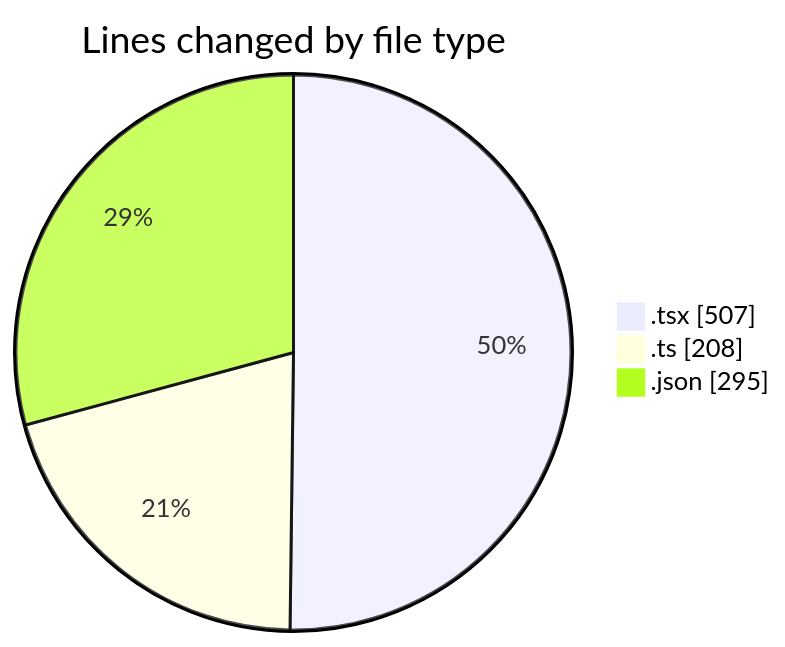
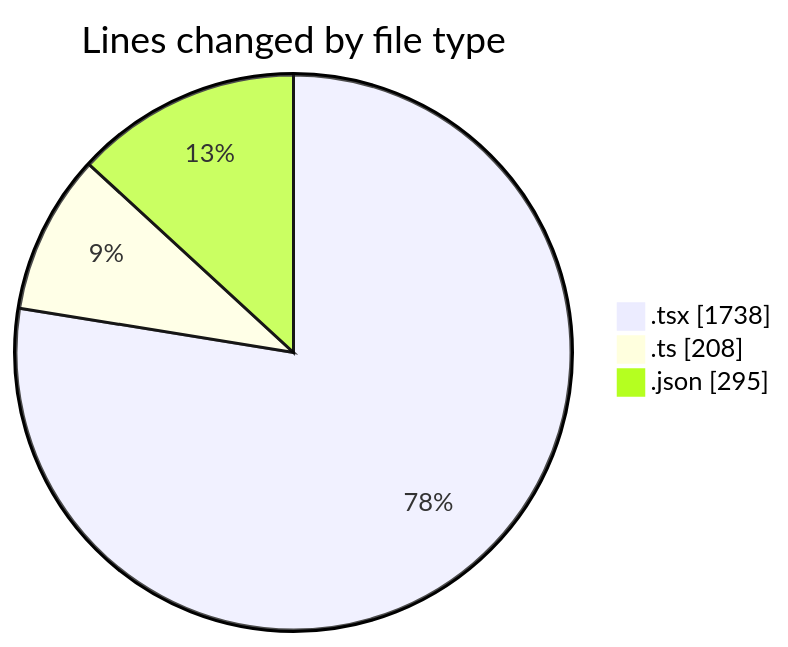
One commit to julien-gomy/code-tracking changed the first of 2 diagrams in 2025-10-09/eventscop-frontend-guide__workspace_/README.md. Above: the diagram before and after it, drawn with Mermaid. The commit also changed other lines of this file and 1 other file, not shown here.

````diff
--- a/2025-10-09/eventscop-frontend-guide__workspace_/README.md
+++ b/2025-10-09/eventscop-frontend-guide__workspace_/README.md
@@ -26,7 +28,7 @@
 ```mermaid
 pie showData
 title Lines changed by file type
-".tsx" : 507
+".tsx" : 1738
 ".ts" : 208
 ".json" : 295
 ```
````
